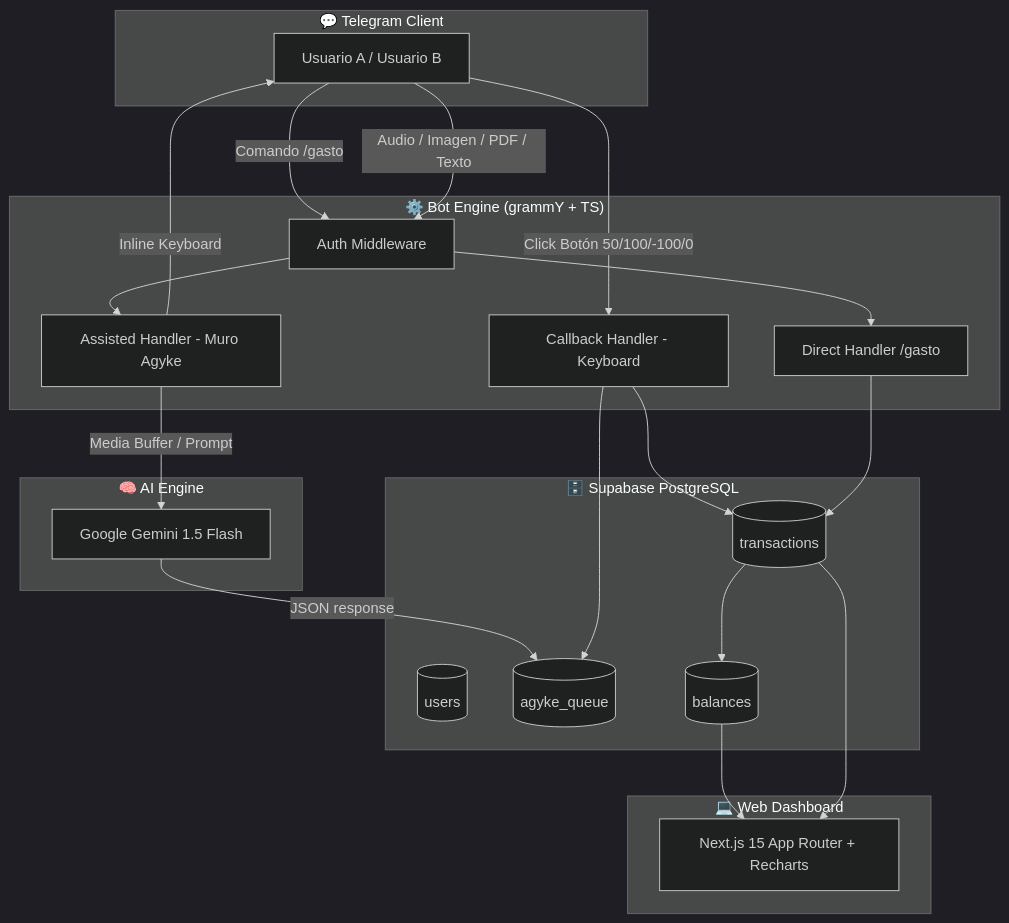
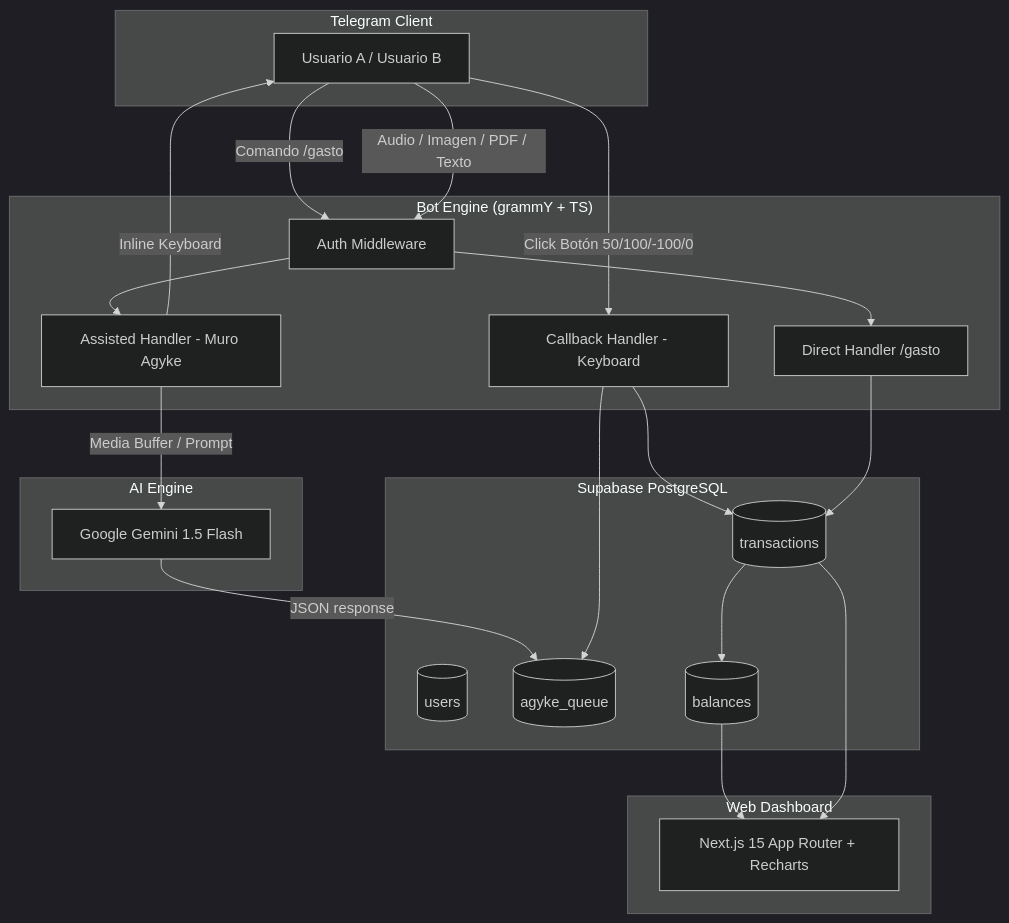
Before and after one commit to n1krov/agyke: the diagram in README.md, drawn with Mermaid (dark theme). The commit also changed other lines of this file, not shown here.

````diff
--- a/README.md
+++ b/README.md
@@ -71,44 +71,44 @@
 ```mermaid
 flowchart TD
-    subgraph Telegram ["💬 Telegram Client"]
+    subgraph Telegram ["Telegram Client"]
         U1[Usuario A / Usuario B]
     end
 
-    subgraph BotEngine ["⚙️ Bot Engine (grammY + TS)"]
+    subgraph BotEngine ["Bot Engine (grammY + TS)"]
         AUTH[Auth Middleware]
         DIRECT[Direct Handler /gasto]
         ASSISTED[Assisted Handler - Muro Agyke]
         CALLBACK[Callback Handler - Keyboard]
     end
 
-    subgraph AI ["🧠 AI Engine"]
+    subgraph AI ["AI Engine"]
         GEMINI[Google Gemini 1.5 Flash]
     end
 
-    subgraph Database ["🗄️ Supabase PostgreSQL"]
+    subgraph Database ["Supabase PostgreSQL"]
         USERS[(users)]
         QUEUE[(agyke_queue)]
         TX[(transactions)]
         BALANCES[(balances)]
     end
 
-    subgraph Frontend ["💻 Web Dashboard"]
+    subgraph Frontend ["Web Dashboard"]
         NEXT[Next.js 15 App Router + Recharts]
     end
 
     U1 -->|Comando /gasto| AUTH --> DIRECT
     U1 -->|Audio / Imagen / PDF / Texto| AUTH --> ASSISTED
     
     ASSISTED -->|Media Buffer / Prompt| GEMINI
     GEMINI -->|JSON response| QUEUE
     ASSISTED -->|Inline Keyboard| U1
     
     U1 -->|Click Botón 50/100/-100/0| CALLBACK
     CALLBACK --> QUEUE
     CALLBACK --> TX
     DIRECT --> TX
     
     TX --> BALANCES
     BALANCES --> NEXT
     TX --> NEXT
 ```
````
